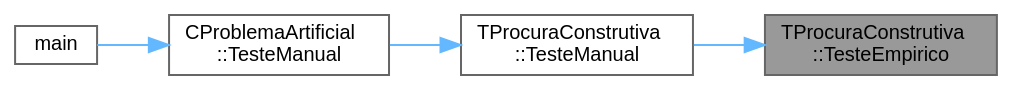
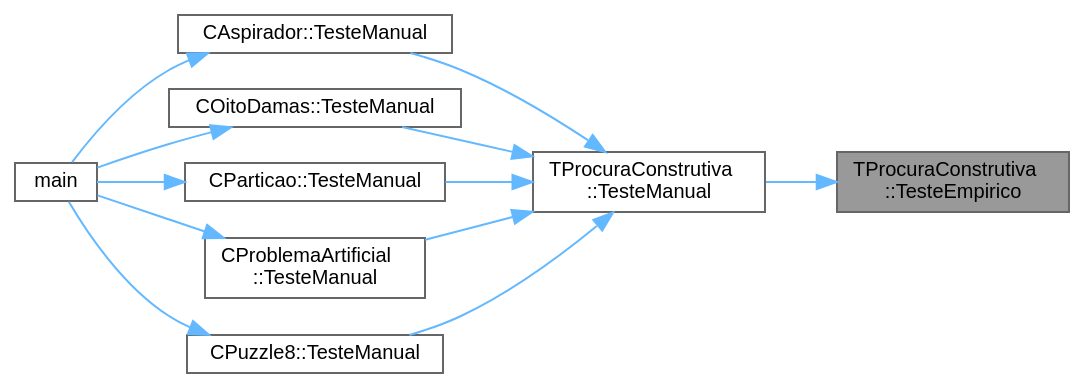
One commit to jcoelho72/TProcura changed the diagram in group__RedefinicaoOpcional_gab2fca28035f165ce7c1d40acbfc8c971_icgraph.dot. Above: the diagram before and after it, drawn with Graphviz. The commit also changed 389 other files, not shown here.

```diff
--- a/group__RedefinicaoOpcional_gab2fca28035f165ce7c1d40acbfc8c971_icgraph.dot
+++ b/group__RedefinicaoOpcional_gab2fca28035f165ce7c1d40acbfc8c971_icgraph.dot
@@ -1,15 +1,27 @@
 digraph "TProcuraConstrutiva::TesteEmpirico"
 {
  // LATEX_PDF_SIZE
   bgcolor="transparent";
   edge [fontname=Helvetica,fontsize=10,labelfontname=Helvetica,labelfontsize=10];
   node [fontname=Helvetica,fontsize=10,shape=box,height=0.2,width=0.4];
   rankdir="RL";
   Node1 [id="Node000001",label="TProcuraConstrutiva\l::TesteEmpirico",height=0.2,width=0.4,color="gray40", fillcolor="grey60", style="filled", fontcolor="black",tooltip="Executa testes empíricos, em todas as configurações guardadas, nas instâncias selecionadas."];
-  Node1 -> Node2 [id="edge4_Node000001_Node000002",dir="back",color="steelblue1",style="solid",tooltip=" "];
+  Node1 -> Node2 [id="edge12_Node000001_Node000002",dir="back",color="steelblue1",style="solid",tooltip=" "];
   Node2 [id="Node000002",label="TProcuraConstrutiva\l::TesteManual",height=0.2,width=0.4,color="grey40", fillcolor="white", style="filled",URL="$group__RedefinicaoMandatoria.html#ga843a501e25cbaff7eb51d8d29995be3a",tooltip="Inicializa a interação com o utilizador."];
-  Node2 -> Node3 [id="edge5_Node000002_Node000003",dir="back",color="steelblue1",style="solid",tooltip=" "];
-  Node3 [id="Node000003",label="CProblemaArtificial\l::TesteManual",height=0.2,width=0.4,color="grey40", fillcolor="white", style="filled",URL="$classCProblemaArtificial.html#abaad629eb538177261df40e1e27e92ed",tooltip="Inicializa a interação com o utilizador."];
-  Node3 -> Node4 [id="edge6_Node000003_Node000004",dir="back",color="steelblue1",style="solid",tooltip=" "];
+  Node2 -> Node3 [id="edge13_Node000002_Node000003",dir="back",color="steelblue1",style="solid",tooltip=" "];
+  Node3 [id="Node000003",label="CAspirador::TesteManual",height=0.2,width=0.4,color="grey40", fillcolor="white", style="filled",URL="$classCAspirador.html#a718c8187439940dec18a46a9e9e024e3",tooltip="Inicializa a interação com o utilizador."];
+  Node3 -> Node4 [id="edge14_Node000003_Node000004",dir="back",color="steelblue1",style="solid",tooltip=" "];
   Node4 [id="Node000004",label="main",height=0.2,width=0.4,color="grey40", fillcolor="white", style="filled",URL="$teste_8cpp.html#a0ddf1224851353fc92bfbff6f499fa97",tooltip=" "];
+  Node2 -> Node5 [id="edge15_Node000002_Node000005",dir="back",color="steelblue1",style="solid",tooltip=" "];
+  Node5 [id="Node000005",label="COitoDamas::TesteManual",height=0.2,width=0.4,color="grey40", fillcolor="white", style="filled",URL="$classCOitoDamas.html#a0fb443165d257ac17fc8cf5bc870404d",tooltip="Inicializa a interação com o utilizador."];
+  Node5 -> Node4 [id="edge16_Node000005_Node000004",dir="back",color="steelblue1",style="solid",tooltip=" "];
+  Node2 -> Node6 [id="edge17_Node000002_Node000006",dir="back",color="steelblue1",style="solid",tooltip=" "];
+  Node6 [id="Node000006",label="CParticao::TesteManual",height=0.2,width=0.4,color="grey40", fillcolor="white", style="filled",URL="$classCParticao.html#aa4d328b9944991f3fc52ce0726111865",tooltip="Inicializa a interação com o utilizador."];
+  Node6 -> Node4 [id="edge18_Node000006_Node000004",dir="back",color="steelblue1",style="solid",tooltip=" "];
+  Node2 -> Node7 [id="edge19_Node000002_Node000007",dir="back",color="steelblue1",style="solid",tooltip=" "];
+  Node7 [id="Node000007",label="CProblemaArtificial\l::TesteManual",height=0.2,width=0.4,color="grey40", fillcolor="white", style="filled",URL="$classCProblemaArtificial.html#abaad629eb538177261df40e1e27e92ed",tooltip="Inicializa a interação com o utilizador."];
+  Node7 -> Node4 [id="edge20_Node000007_Node000004",dir="back",color="steelblue1",style="solid",tooltip=" "];
+  Node2 -> Node8 [id="edge21_Node000002_Node000008",dir="back",color="steelblue1",style="solid",tooltip=" "];
+  Node8 [id="Node000008",label="CPuzzle8::TesteManual",height=0.2,width=0.4,color="grey40", fillcolor="white", style="filled",URL="$classCPuzzle8.html#a06d2a8f5d7e3670eb6ee75d7a72b0265",tooltip="Inicializa a interação com o utilizador."];
+  Node8 -> Node4 [id="edge22_Node000008_Node000004",dir="back",color="steelblue1",style="solid",tooltip=" "];
 }
```
